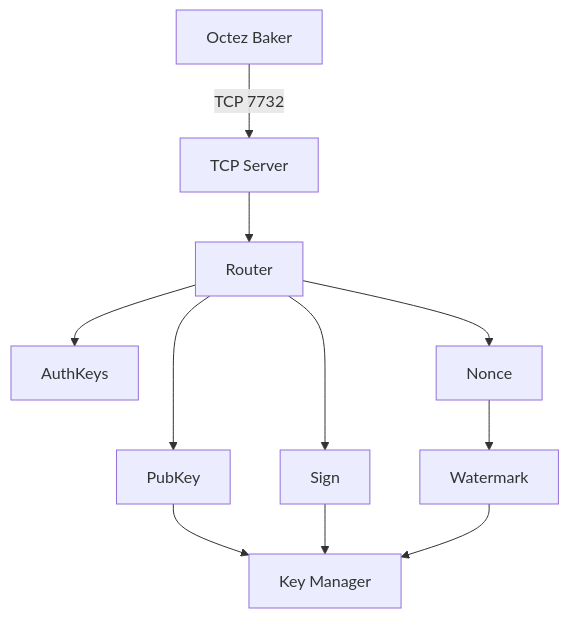
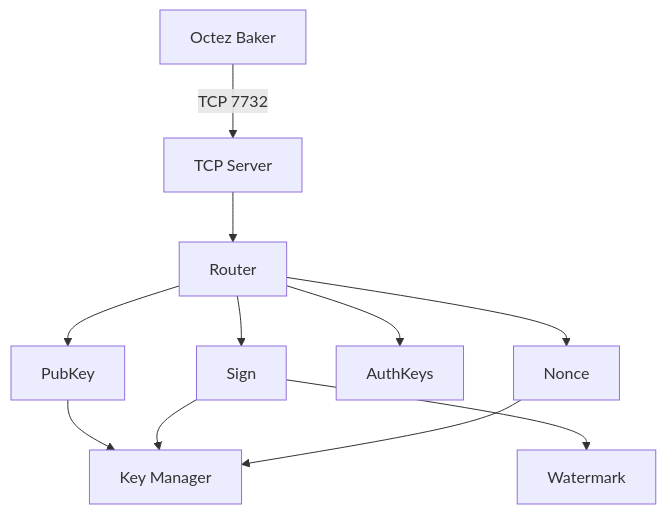
One commit to RichAyotte/russignol changed the diagram in libs/signer/DEVELOPMENT.md. Above: the diagram before and after it, drawn with Mermaid. The commit also changed other lines of this file and 25 other files, not shown here.

````diff
--- a/libs/signer/DEVELOPMENT.md
+++ b/libs/signer/DEVELOPMENT.md
@@ -59,23 +89,23 @@
 ```mermaid
 flowchart TB
     client[Octez Baker]
     server[TCP Server]
     router[Router]
     sign[Sign]
     pubkey[PubKey]
     authkeys[AuthKeys]
     nonce[Nonce]
     keymgr[Key Manager]
     watermark[Watermark]
 
     client -->|TCP 7732| server
     server --> router
     router --> sign
     router --> pubkey
     router --> authkeys
     router --> nonce
     pubkey --> keymgr
     sign --> keymgr
-    nonce --> watermark
-    watermark --> keymgr
+    sign --> watermark
+    nonce --> keymgr
 ```
````
